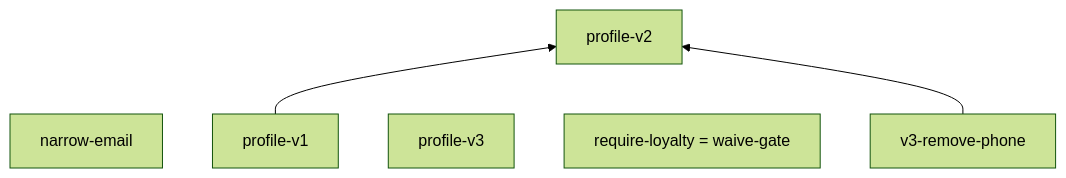
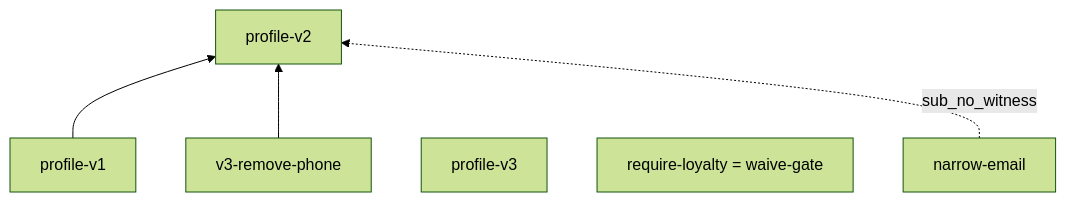
The diagram in use-cases/04-schema-evolution/expected/diagram-poset.mmd (aontu-lang/aontu), drawn with Mermaid (forest theme) before and after one commit. The commit also changed 2 other files, not shown here.

```diff
--- a/use-cases/04-schema-evolution/expected/diagram-poset.mmd
+++ b/use-cases/04-schema-evolution/expected/diagram-poset.mmd
@@ -1,10 +1,11 @@
 %% aontu subsumption poset  at=$.profile  profile=defaults  documents=7  nodes=6
 graph BT
   n0["narrow-email"]
   n1["profile-v1"]
   n2["profile-v2"]
   n3["profile-v3"]
   n4["require-loyalty = waive-gate"]
   n5["v3-remove-phone"]
   n1 --> n2
   n5 --> n2
+  n0 -.->|"sub_no_witness"| n2
```
